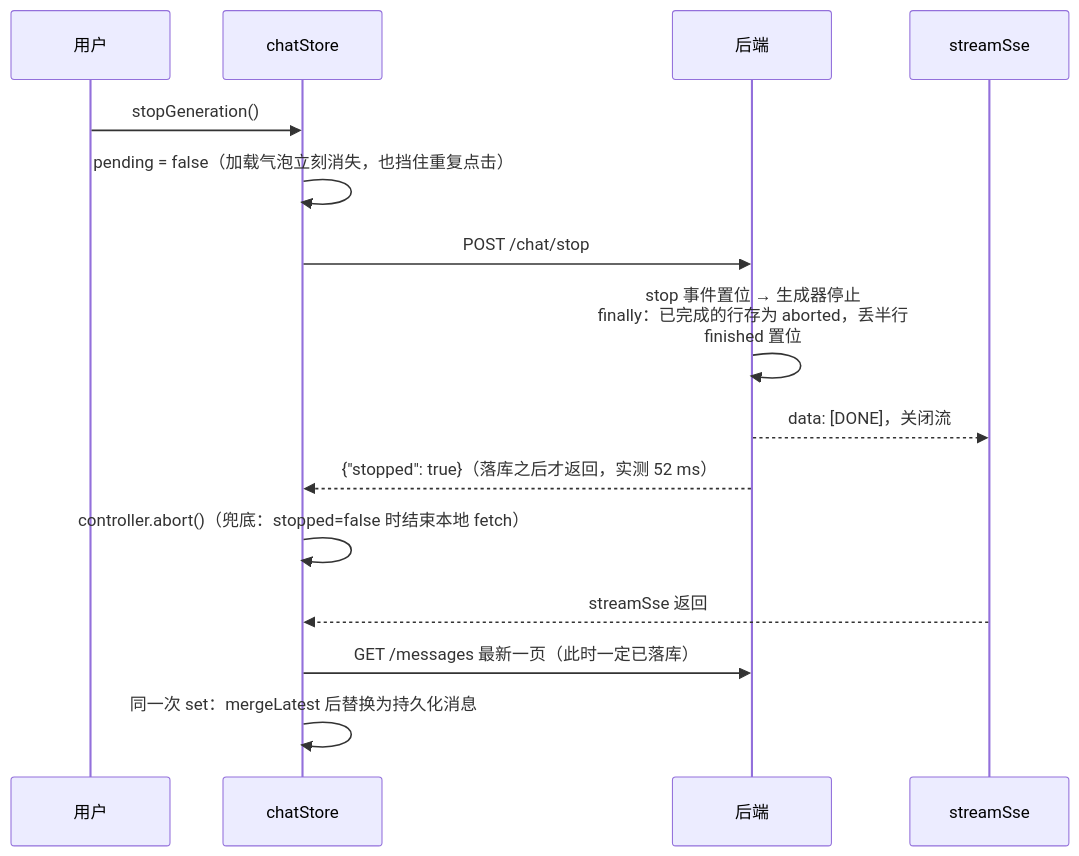
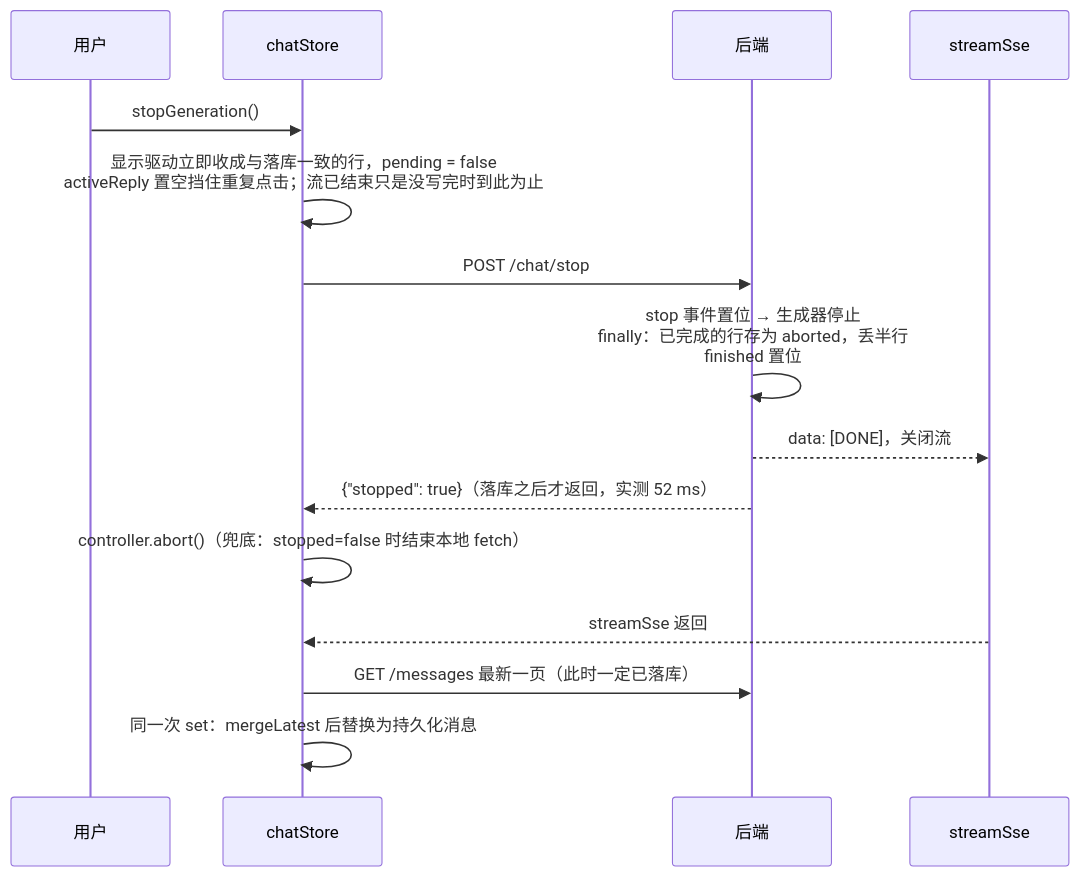
One commit to Youri2000/baker-chat changed the fifth of 5 diagrams in docs/frontend.md. Above: the diagram before and after it, drawn with Mermaid. The commit also changed other lines of this file and 7 other files, not shown here.

````diff
--- a/docs/frontend.md
+++ b/docs/frontend.md
@@ -367,18 +371,18 @@
 ```mermaid
 sequenceDiagram
   participant U as 用户
   participant C as chatStore
   participant B as 后端
   participant S as streamSse
 
   U->>C: stopGeneration()
-  C->>C: pending = false（加载气泡立刻消失，也挡住重复点击）
+  C->>C: 显示驱动立即收成与落库一致的行，pending = false<br/>activeReply 置空挡住重复点击；流已结束只是没写完时到此为止
   C->>B: POST /chat/stop
   B->>B: stop 事件置位 → 生成器停止<br/>finally：已完成的行存为 aborted，丢半行<br/>finished 置位
   B-->>S: data: [DONE]，关闭流
   B-->>C: {"stopped": true}（落库之后才返回，实测 52 ms）
   C->>C: controller.abort()（兜底：stopped=false 时结束本地 fetch）
   S-->>C: streamSse 返回
   C->>B: GET /messages 最新一页（此时一定已落库）
   C->>C: 同一次 set：mergeLatest 后替换为持久化消息
 ```
````
